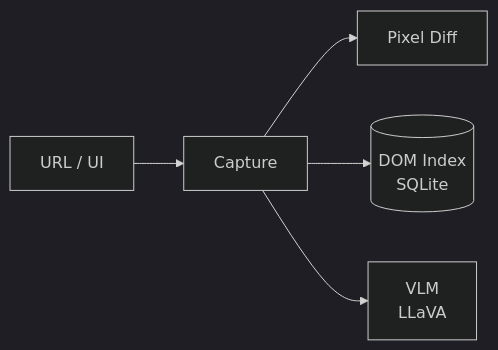
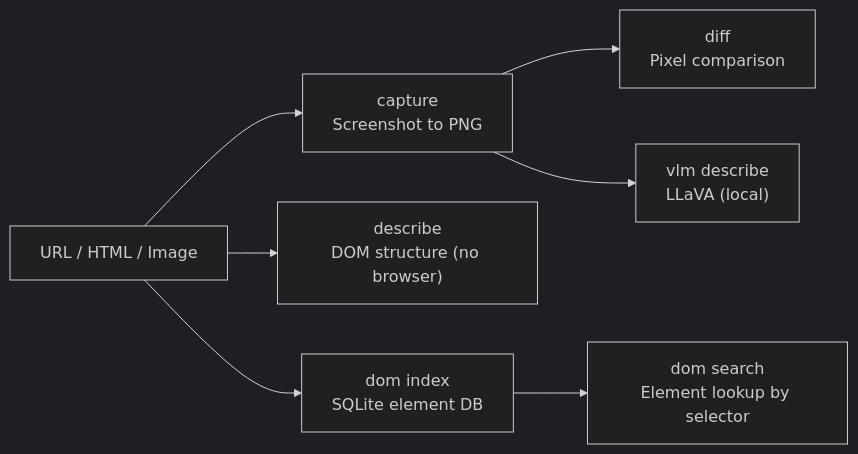
The diagram in README.md (autonomic-ai-dev/agent-eyes), drawn with Mermaid (dark theme) before and after one commit. The commit also changed other lines of this file and 5 other files, not shown here.

````diff
--- a/README.md
+++ b/README.md
@@ -24,7 +23,11 @@
 ```mermaid
 flowchart LR
-    URL[URL / UI] --> Capture[Capture]
-    Capture --> Diff[Pixel Diff]
-    Capture --> Index[(DOM Index<br>SQLite)]
-    Capture --> VLM[VLM<br>LLaVA]
+    Input["URL / HTML / Image"] --> Capture["capture<br>Screenshot to PNG"]
+    Input --> Describe["describe<br>DOM structure (no browser)"]
+    Input --> Index["dom index<br>SQLite element DB"]
+
+    Capture --> Diff["diff<br>Pixel comparison"]
+    Capture --> VLM["vlm describe<br>LLaVA (local)"]
+
+    Index --> Search["dom search<br>Element lookup by selector"]
 ```
````
